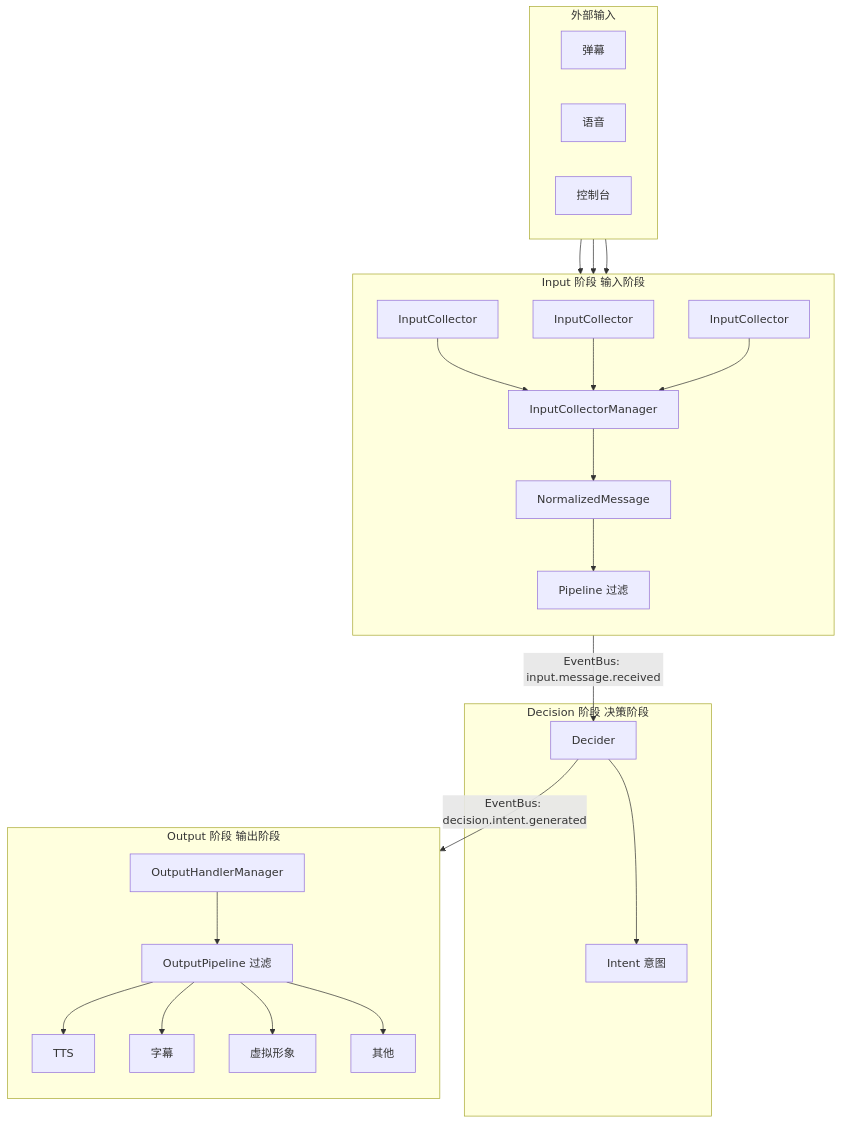
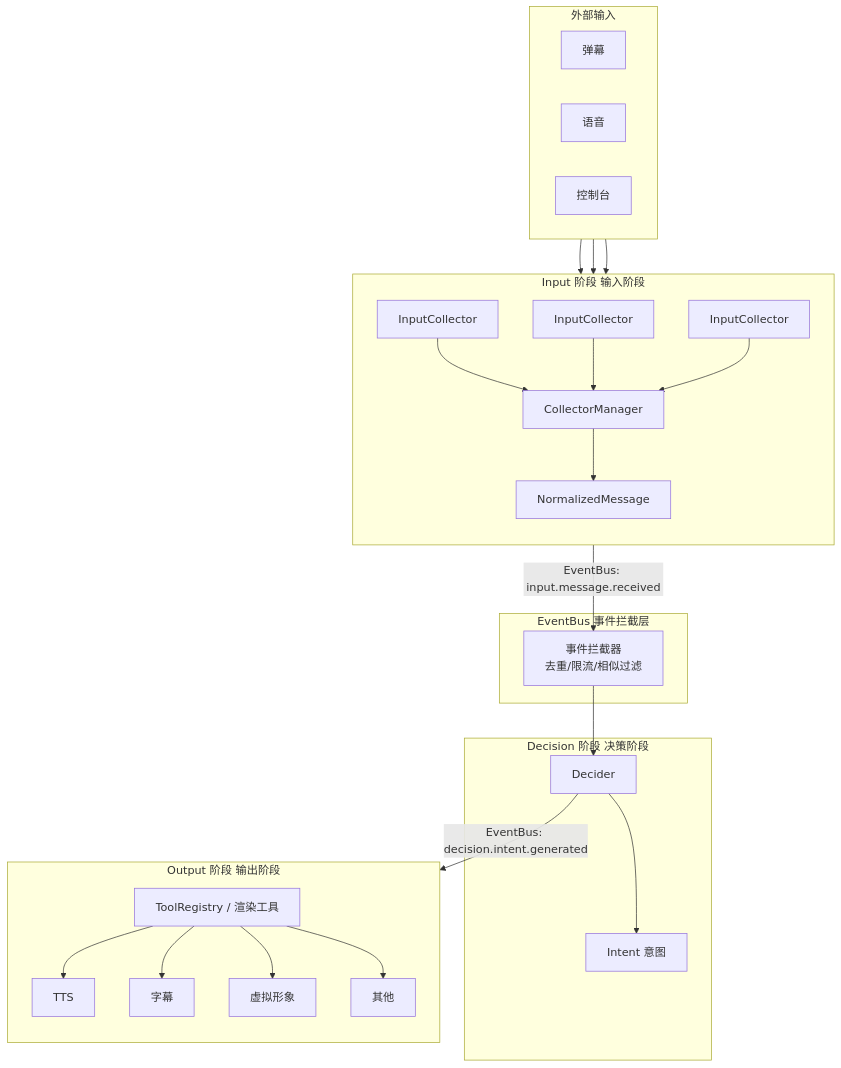
One commit to Mai-with-u/Amaidesu changed the first of 3 diagrams in docs/architecture/overview.md. Above: the diagram before and after it, drawn with Mermaid. The commit also changed other lines of this file and 37 other files, not shown here.

````diff
--- a/docs/architecture/overview.md
+++ b/docs/architecture/overview.md
@@ -7,50 +7,51 @@
 ```mermaid
 flowchart TB
     subgraph External["外部输入"]
         Danmaku["弹幕"]
         Voice["语音"]
         Console["控制台"]
     end
 
     subgraph InputStage["Input 阶段 输入阶段"]
         direction TB
         IP1[InputCollector]
         IP2[InputCollector]
         IP3[InputCollector]
-        ICM[InputCollectorManager]
+        ICM[CollectorManager]
         NM[NormalizedMessage]
-        Pipeline[Pipeline 过滤]
+    end
+
+    subgraph EventBusLayer["EventBus 事件拦截层"]
+        INT[事件拦截器<br/>去重/限流/相似过滤]
     end
 
     subgraph DecisionStage["Decision 阶段 决策阶段"]
         DP[Decider]
         Intent[Intent 意图]
     end
 
     subgraph OutputStage["Output 阶段 输出阶段"]
         direction TB
-        OPM[OutputHandlerManager]
-        OPipeline[OutputPipeline 过滤]
+        OPM[ToolRegistry / 渲染工具]
         OP1[TTS]
         OP2[字幕]
         OP3[虚拟形象]
         OP4[其他]
     end
 
     External --> IP1
     External --> IP2
     External --> IP3
     IP1 --> ICM
     IP2 --> ICM
     IP3 --> ICM
     ICM --> NM
-    NM --> Pipeline
-    ICM -->|"EventBus: input.message.received"| DP
+    NM -->|"EventBus: input.message.received"| INT
+    INT --> DP
     DP --> Intent
     DP -->|"EventBus: decision.intent.generated"| OPM
-    OPM --> OPipeline
-    OPipeline --> OP1
-    OPipeline --> OP2
-    OPipeline --> OP3
-    OPipeline --> OP4
+    OPM --> OP1
+    OPM --> OP2
+    OPM --> OP3
+    OPM --> OP4
 ```
````
